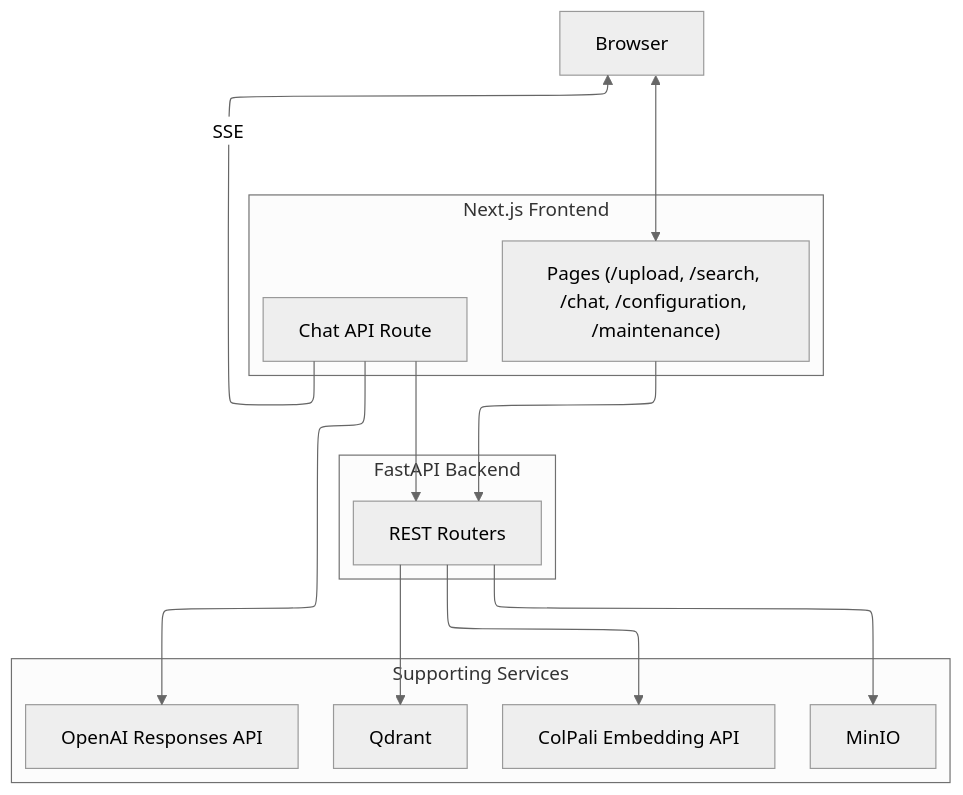
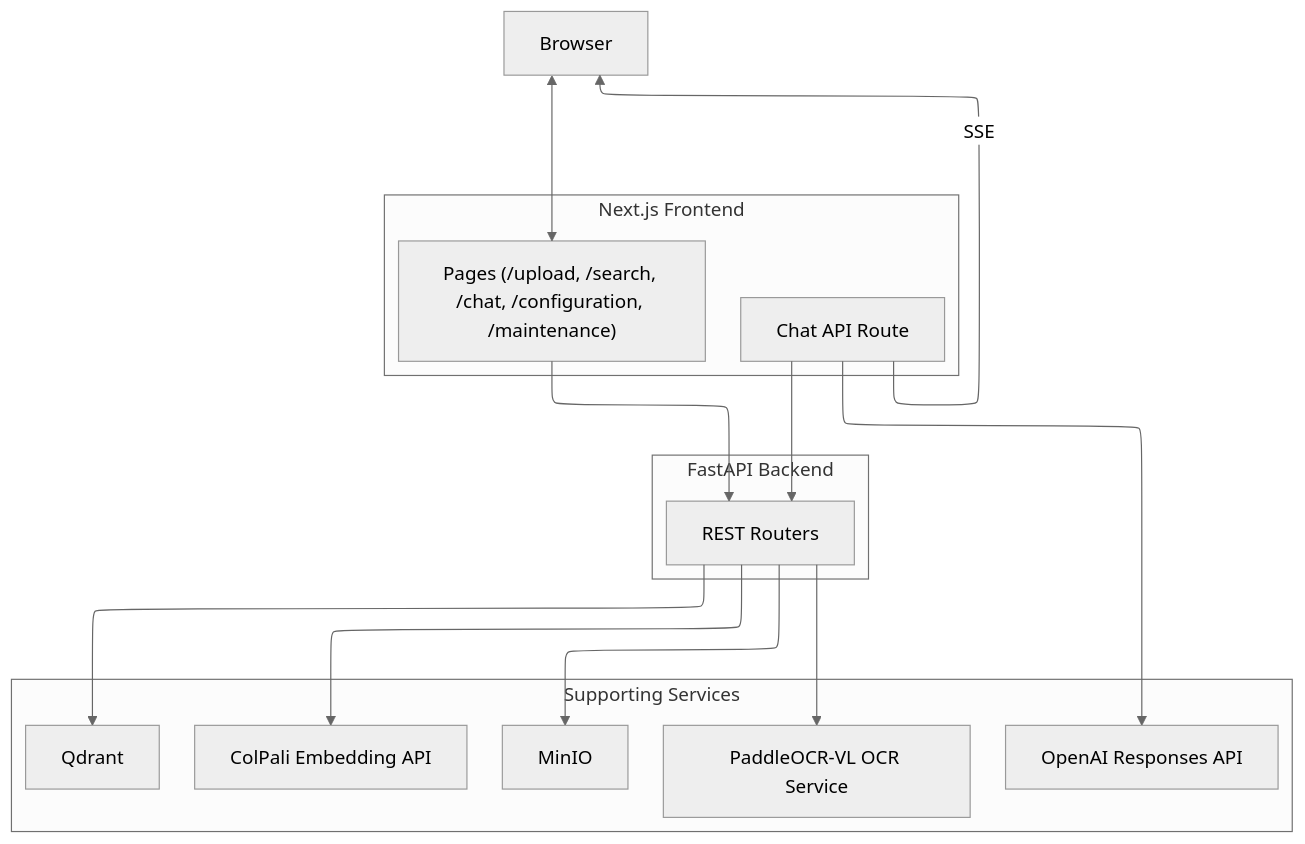
Before and after one commit to athrael-soju/Snappy: the diagram in README.md, drawn with Mermaid. The commit also changed other lines of this file and 21 other files, not shown here.

First line of the commit message:
feat: integrate PaddleOCR-VL service for document OCR functionality

````diff
--- a/README.md
+++ b/README.md
@@ -67,32 +67,34 @@
 ```mermaid
 ---
 config:
   theme: neutral
   layout: elk
 ---
 flowchart TB
   subgraph Frontend["Next.js Frontend"]
     UI["Pages (/upload, /search, /chat, /configuration, /maintenance)"]
     CHAT["Chat API Route"]
   end
 
   subgraph Backend["FastAPI Backend"]
     API["REST Routers"]
   end
 
   subgraph Services["Supporting Services"]
     QDRANT["Qdrant"]
     MINIO["MinIO"]
     COLPALI["ColPali Embedding API"]
+    PADDLE["PaddleOCR-VL OCR Service"]
     OPENAI["OpenAI Responses API"]
   end
 
   USER["Browser"] <--> UI
   UI --> API
   API --> QDRANT
   API --> MINIO
   API --> COLPALI
+  API --> PADDLE
   CHAT --> API
   CHAT --> OPENAI
   CHAT -- SSE --> USER
 ```
````
